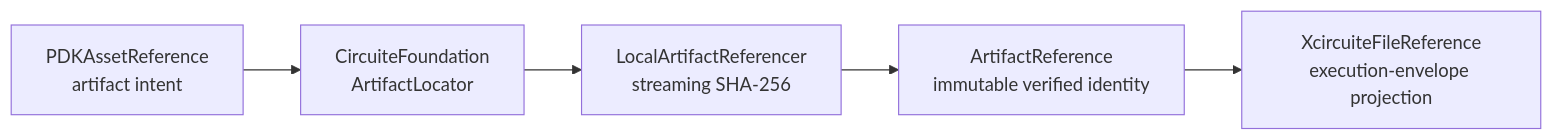
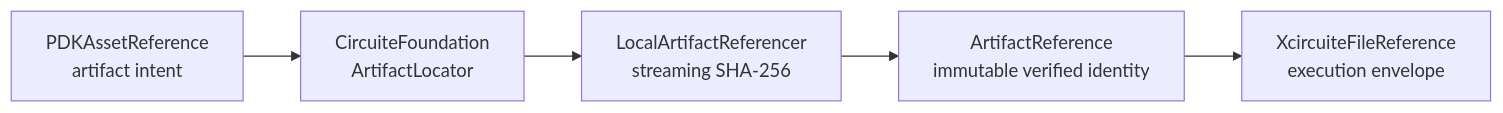
Before and after one commit to 1amageek/PDKKit: the diagram in README.md, drawn with Mermaid. The commit also changed other lines of this file and 30 other files, not shown here.

````diff
--- a/README.md
+++ b/README.md
@@ -47,7 +47,7 @@
 ```mermaid
 flowchart LR
   Intent["PDKAssetReference\nartifact intent"] --> Locator["CircuiteFoundation\nArtifactLocator"]
   Locator --> Referencer["LocalArtifactReferencer\nstreaming SHA-256"]
   Referencer --> Identity["ArtifactReference\nimmutable verified identity"]
-  Identity --> Compatibility["XcircuiteFileReference\nexecution-envelope projection"]
+  Identity --> Envelope["XcircuiteFileReference\nexecution envelope"]
 ```
````
